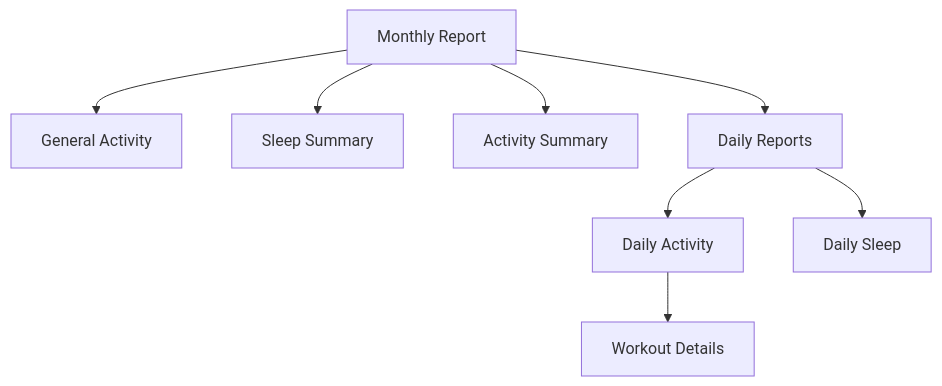
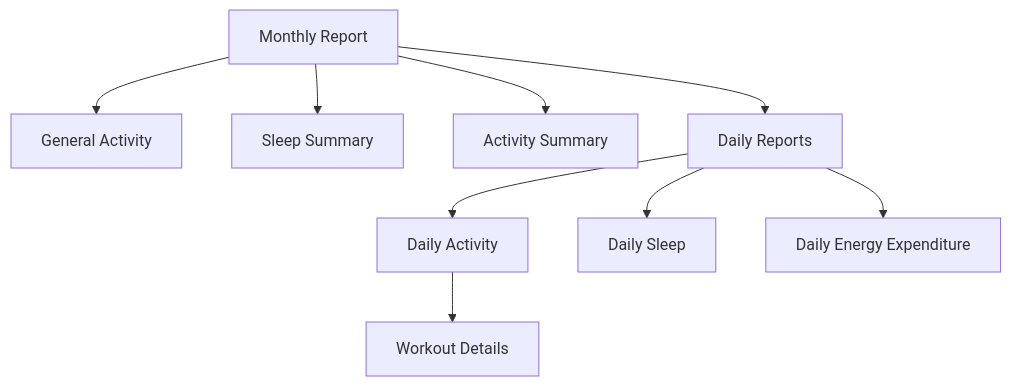
The third of 3 diagrams in README.md (MateuszMocarski/AppleHealthMonitorAnalyzer), drawn with Mermaid before and after one commit. The commit also changed other lines of this file, not shown here.

Commit message:
readme update

````diff
--- a/README.md
+++ b/README.md
@@ -284,22 +285,24 @@
 ```mermaid
 flowchart TD
 
     A["Monthly Report"]
     B["General Activity"]
     C["Sleep Summary"]
     D["Activity Summary"]
     E["Daily Reports"]
     G["Daily Activity"]
     F["Daily Sleep"]
+    I["Daily Energy Expenditure"]
 
     H["Workout Details"]
 
     A --> B
     A --> C
     A --> D
     A --> E
 
     E --> G
     E --> F
+    E --> I
     G --> H
 ```
````
